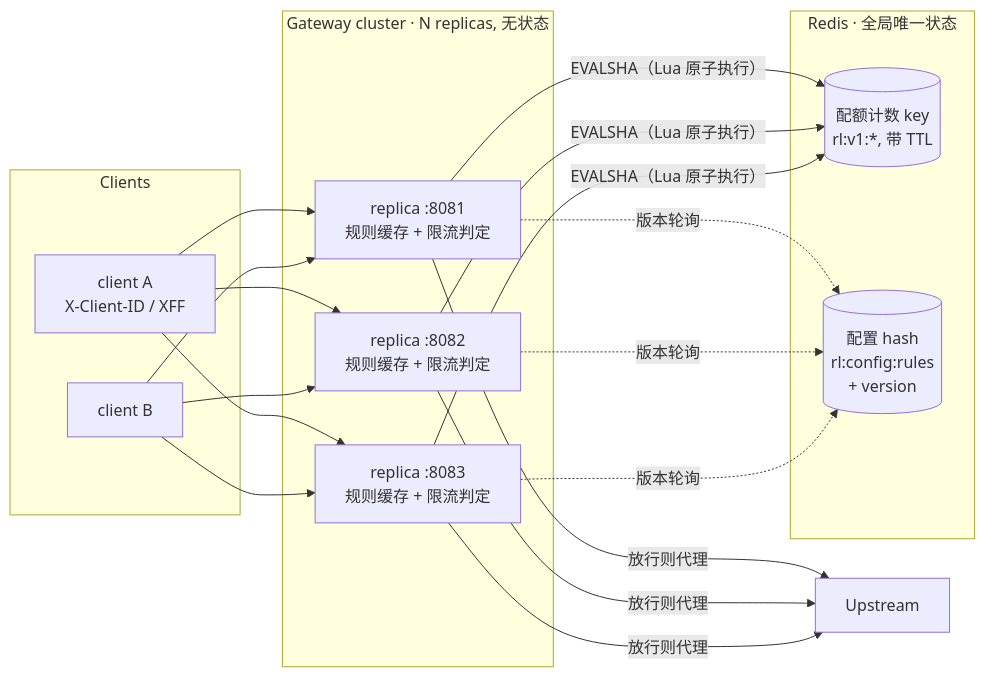
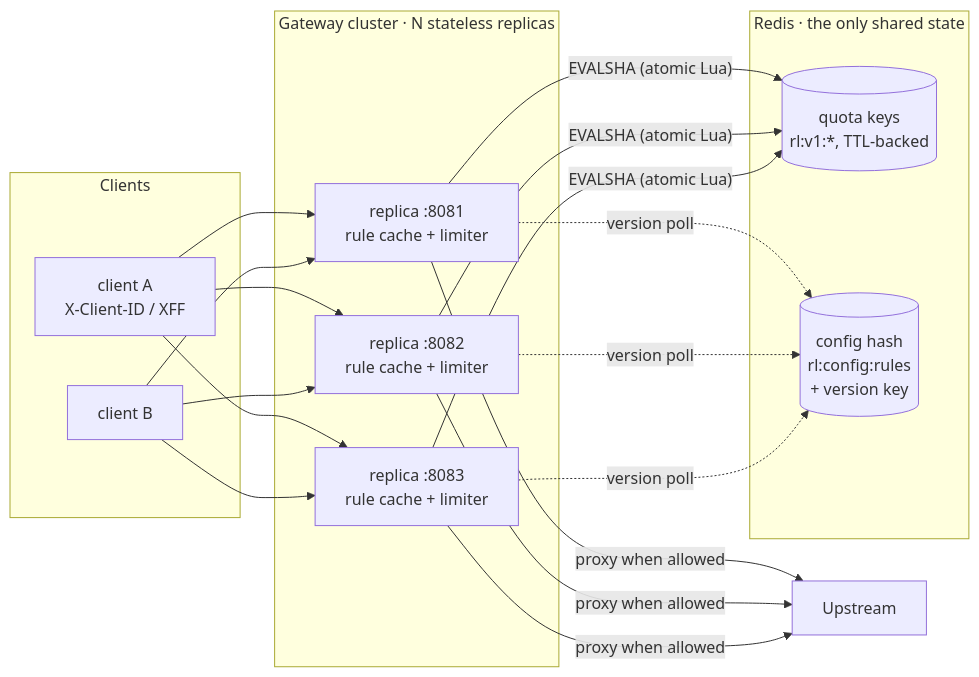
The diagram in docs/DESIGN.md (zjbbuaa/kong-rate-limiter), drawn with Mermaid before and after one commit. The commit also changed other lines of this file and 2 other files, not shown here.

````diff
--- a/docs/DESIGN.md
+++ b/docs/DESIGN.md
@@ -7,27 +7,27 @@
 ```mermaid
 flowchart LR
   subgraph clients [Clients]
     C1[client A<br/>X-Client-ID / XFF]
     C2[client B]
   end
-  subgraph cluster [Gateway cluster · N replicas, 无状态]
-    G1[replica :8081<br/>规则缓存 + 限流判定]
-    G2[replica :8082<br/>规则缓存 + 限流判定]
-    G3[replica :8083<br/>规则缓存 + 限流判定]
+  subgraph cluster [Gateway cluster · N stateless replicas]
+    G1[replica :8081<br/>rule cache + limiter]
+    G2[replica :8082<br/>rule cache + limiter]
+    G3[replica :8083<br/>rule cache + limiter]
   end
-  subgraph redis [Redis · 全局唯一状态]
-    Q[(配额计数 key<br/>rl:v1:*, 带 TTL)]
-    CFG[(配置 hash<br/>rl:config:rules<br/>+ version)]
+  subgraph redis [Redis · the only shared state]
+    Q[(quota keys<br/>rl:v1:*, TTL-backed)]
+    CFG[(config hash<br/>rl:config:rules<br/>+ version key)]
   end
   UP[Upstream]
 
   C1 --> G1 & G2 & G3
   C2 --> G1 & G2 & G3
-  G1 -- "EVALSHA（Lua 原子执行）" --> Q
-  G2 -- "EVALSHA（Lua 原子执行）" --> Q
-  G3 -- "EVALSHA（Lua 原子执行）" --> Q
-  G1 -. 版本轮询 .-> CFG
-  G2 -. 版本轮询 .-> CFG
-  G3 -. 版本轮询 .-> CFG
-  G1 & G2 & G3 -- 放行则代理 --> UP
+  G1 -- "EVALSHA (atomic Lua)" --> Q
+  G2 -- "EVALSHA (atomic Lua)" --> Q
+  G3 -- "EVALSHA (atomic Lua)" --> Q
+  G1 -. version poll .-> CFG
+  G2 -. version poll .-> CFG
+  G3 -. version poll .-> CFG
+  G1 & G2 & G3 -- proxy when allowed --> UP
 ```
````
